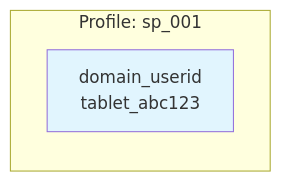
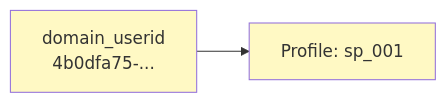
One commit to snowplow/documentation changed the first of 7 diagrams in docs/identities/concepts/index.md. Above: the diagram before and after it, drawn with Mermaid. The commit also changed other lines of this file, not shown here.

````diff
--- a/docs/identities/concepts/index.md
+++ b/docs/identities/concepts/index.md
@@ -100,9 +103,11 @@
 ```mermaid
 graph LR
-    subgraph "Profile: sp_001"
-        A["domain_userid
-        tablet_abc123"]
-    end
+    A["domain_userid
+    4b0dfa75-..."]
+    B["Profile: sp_001"]
 
-    style A fill:#e1f5fe
+    A --> B
+
+    style A fill:#fff9c4
+    style B fill:#fff9c4
 ```
````
